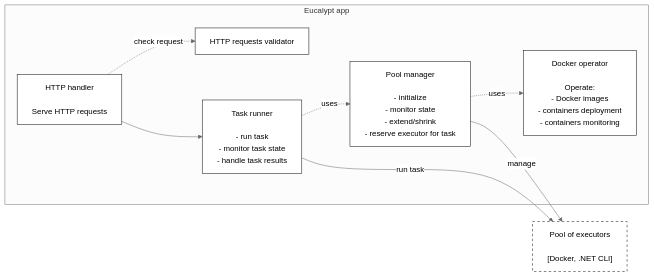
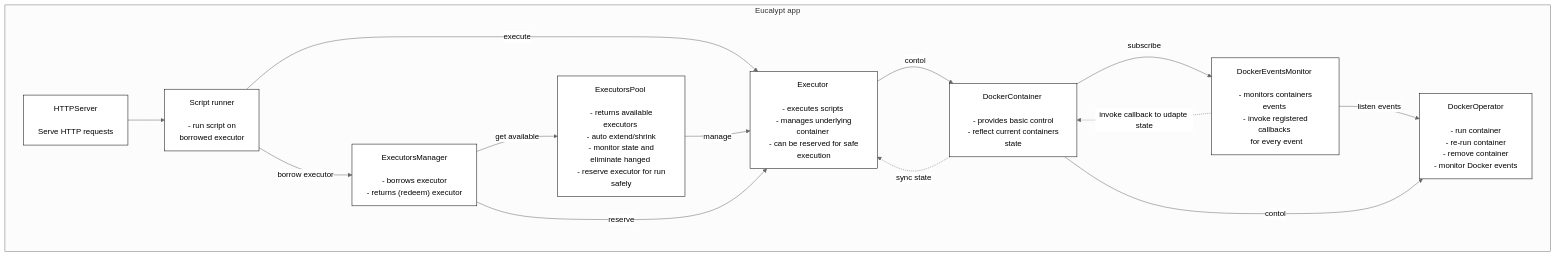
One commit to mchechulnikov/eucalypt changed the second of 7 diagrams in README.md. Above: the diagram before and after it, drawn with Mermaid (neutral theme). The commit also changed other lines of this file and 4 other files, not shown here.

Commit message:
Control diagram

````diff
--- a/README.md
+++ b/README.md
@@ -143,25 +150,29 @@
 ``` mermaid
-graph LR
+graph TB
     subgraph Eucalypt app
-        HTTPHandler["HTTP handler <br/><br/> Serve HTTP requests"]:::Code
-        HTTPValidator["HTTP requests validator"]:::Code
-        TaskManager["Task runner <br/><br/> - run task <br/> - monitor task state <br/> - handle task results "]:::Code
-        PoolManager["Pool manager <br/><br/> - initialize <br/> - monitor state <br/> - extend/shrink <br/> - reserve executor for task"]:::Code
-        DockerOperator["Docker operator <br/><br/> Operate: <br/> - Docker images <br/> - containers deployment <br/> - containers monitoring"]:::Code
+        HTTPServer["HTTPServer <br/><br/> Serve HTTP requests"]:::Code
+        ScriptRunner["Script runner <br/><br/> - run script on <br/> borrowed executor"]:::Code
+        ExecutorsManager["ExecutorsManager <br/> <br/> - borrows executor <br/> - returns (redeem) executor"]:::Code
+        ExecutorsPool["ExecutorsPool <br/><br/> - returns available executors <br/> - auto extend/shrink <br/> - monitor state and eliminate hanged <br/> - reserve executor for run safely "]:::Code
+        Executor["Executor <br/><br/>- executes scripts <br/> - manages underlying container <br/> - can be reserved for safe execution"]:::Code
+        DockerEventsMonitor["DockerEventsMonitor <br/><br/> - monitors containers events <br/> - invoke registered callbacks <br/> for every event"]:::Code
+        DockerContainer["DockerContainer <br/><br/> - provides basic control <br/> - reflect current containers state"]:::Code
+        DockerOperator["DockerOperator <br/><br/> - run container <br/> - re-run container <br/> - remove container <br/> - monitor Docker events"]:::Code
         
-        HTTPHandler -. check request .-> HTTPValidator
-        PoolManager -. uses .-> DockerOperator
-        TaskManager -. uses .-> PoolManager
 
-        HTTPHandler --> TaskManager
+        HTTPServer --> ScriptRunner -- borrow executor --> ExecutorsManager
+        ExecutorsManager -- get available --> ExecutorsPool
+        ScriptRunner -- execute --> Executor
+        ExecutorsPool -- manage --> Executor
+        ExecutorsManager -- reserve --> Executor
+        Executor -- contol --> DockerContainer
+        DockerContainer -. sync state .-> Executor
+        DockerContainer -- subscribe --> DockerEventsMonitor
+        DockerEventsMonitor -. invoke callback to udapte state .-> DockerContainer
+        DockerEventsMonitor -- listen events --> DockerOperator
+        DockerContainer -- contol --> DockerOperator
     end
-
-    Pool["Pool of executors <br/><br/> [Docker, .NET CLI]"]:::Pool
-
-    PoolManager -- manage --> Pool
-    TaskManager -- run task --> Pool
 
     classDef Code fill: white, stroke: black
     classDef Pool fill: white, stroke: black, stroke-dasharray: 5 5
-
 ```
````
